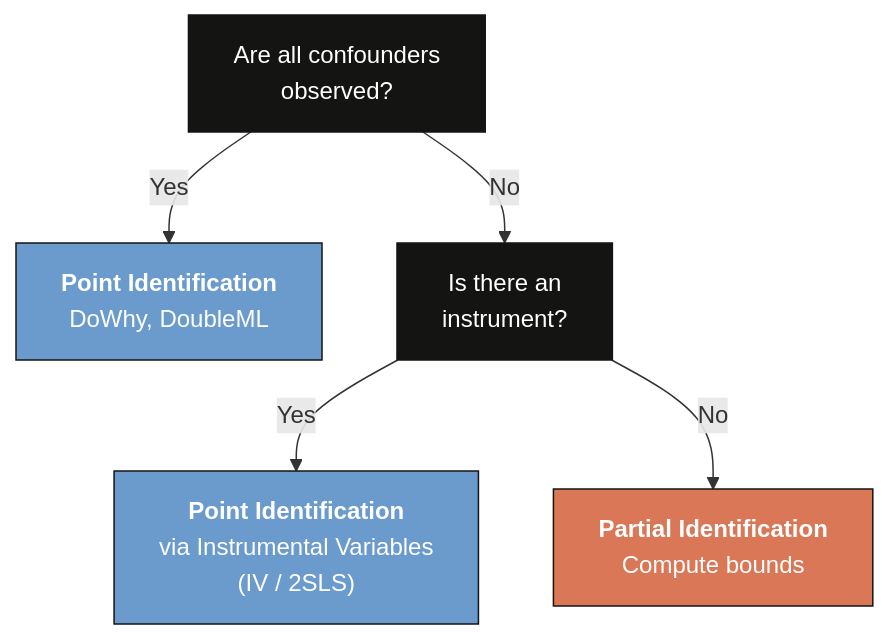
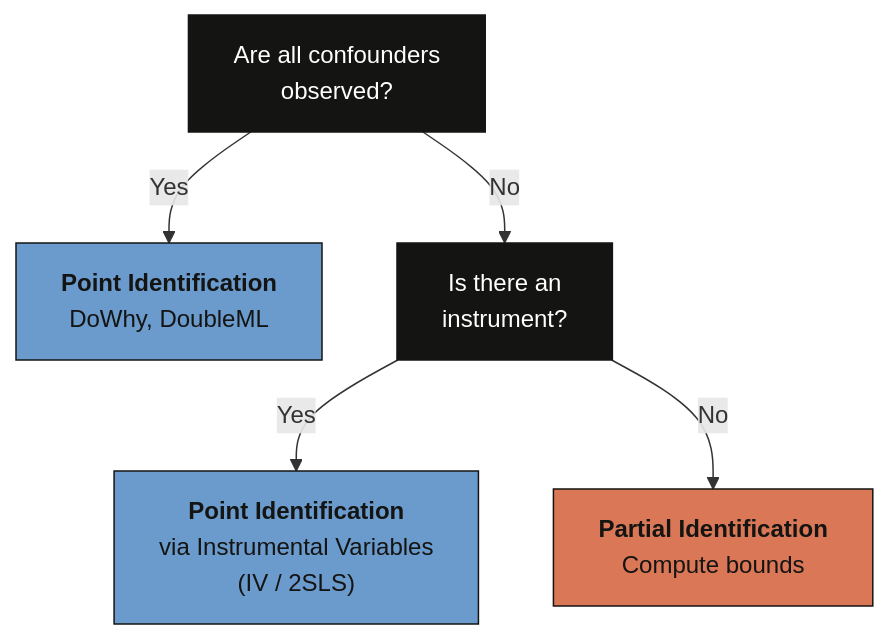
One commit to cmg777/starter-academic-v501 changed the second of 2 diagrams in content/post/python_partial_identification/index.md. Above: the diagram before and after it, drawn with Mermaid. The commit also changed other lines of this file and 67 other files, not shown here.

First line of the commit message:
fix(mermaid): readable diagram text in both themes across the site

````diff
--- a/content/post/python_partial_identification/index.md
+++ b/content/post/python_partial_identification/index.md
@@ -622,13 +622,13 @@
 ```mermaid
 graph TD
     Q["Are all confounders<br/>observed?"] -->|"Yes"| PI["<b>Point Identification</b><br/>DoWhy, DoubleML"]
     Q -->|"No"| IV["Is there an<br/>instrument?"]
     IV -->|"Yes"| IVPI["<b>Point Identification</b><br/>via Instrumental Variables<br/>(IV / 2SLS)"]
     IV -->|"No"| PART["<b>Partial Identification</b><br/>Compute bounds"]
 
     style Q fill:#141413,stroke:#141413,color:#fff
-    style PI fill:#6a9bcc,stroke:#141413,color:#fff
+    style PI fill:#6a9bcc,stroke:#141413,color:#141413
     style IV fill:#141413,stroke:#141413,color:#fff
-    style IVPI fill:#6a9bcc,stroke:#141413,color:#fff
-    style PART fill:#d97757,stroke:#141413,color:#fff
+    style IVPI fill:#6a9bcc,stroke:#141413,color:#141413
+    style PART fill:#d97757,stroke:#141413,color:#141413
 ```
````
